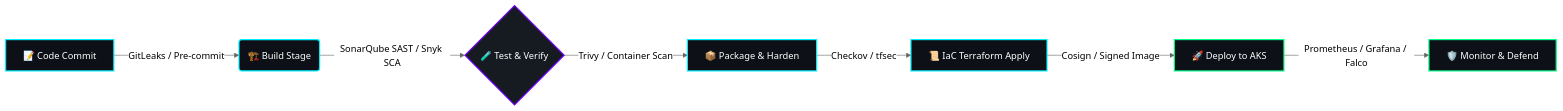
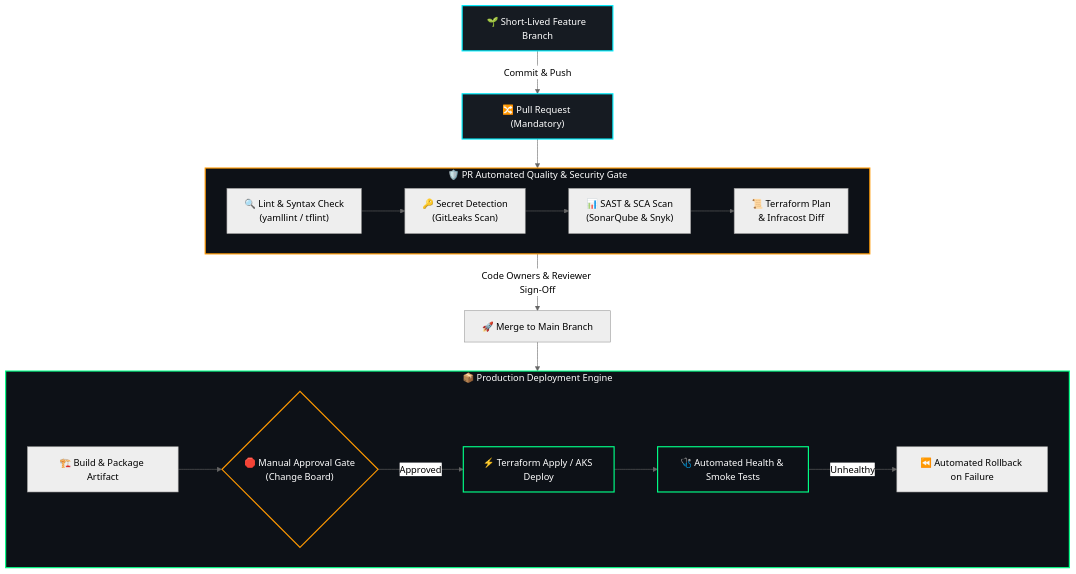
The third of 4 diagrams in README.md (AjavinashAj/AjavinashAj), drawn with Mermaid (neutral theme) before and after one commit. The commit also changed other lines of this file, not shown here.

````diff
--- a/README.md
+++ b/README.md
@@ -76,16 +255,37 @@
 ```mermaid
-flowchart LR
-    A[📝 Code Commit] -->|GitLeaks / Pre-commit| B(🏗️ Build Stage)
-    B -->|SonarQube SAST / Snyk SCA| C{🧪 Test & Verify}
-    C -->|Trivy / Container Scan| D[📦 Package & Harden]
-    D -->|Checkov / tfsec| E[📜 IaC Terraform Apply]
-    E -->|Cosign / Signed Image| F[🚀 Deploy to AKS]
-    F -->|Prometheus / Grafana / Falco| G[🛡️ Monitor & Defend]
+flowchart TD
+    FeatureBranch["🌱 Short-Lived Feature Branch"] -->|Commit & Push| PR["🔀 Pull Request (Mandatory)"]
 
-    classDef stage fill:#0d1117,stroke:#00f0ff,stroke-width:2px,color:#fff;
-    classDef gate fill:#161b22,stroke:#7000ff,stroke-width:2px,color:#fff;
+    subgraph PRValidation ["🛡️ PR Automated Quality & Security Gate"]
+        Linter["🔍 Lint & Syntax Check\n(yamllint / tflint)"]
+        Secrets["🔑 Secret Detection\n(GitLeaks Scan)"]
+        SAST["📊 SAST & SCA Scan\n(SonarQube & Snyk)"]
+        Plan["📜 Terraform Plan\n& Infracost Diff"]
+        Linter --> Secrets --> SAST --> Plan
+    end
+
+    PR --> PRValidation
+    PRValidation -->|Code Owners & Reviewer Sign-Off| Merge["🚀 Merge to Main Branch"]
+
+    subgraph DeploymentEngine ["📦 Production Deployment Engine"]
+        Build["🏗️ Build & Package Artifact"]
+        Approval{"🛑 Manual Approval Gate\n(Change Board)"}
+        Apply["⚡ Terraform Apply / AKS Deploy"]
+        Verify["🩺 Automated Health & Smoke Tests"]
+        Rollback["⏪ Automated Rollback on Failure"]
+
+        Build --> Approval
+        Approval -->|Approved| Apply
+        Apply --> Verify
+        Verify -->|Unhealthy| Rollback
+    end
+
+    Merge --> DeploymentEngine
+
+    classDef branch fill:#161b22,stroke:#00f0ff,stroke-width:2px,color:#fff;
+    classDef gate fill:#0d1117,stroke:#ff9900,stroke-width:2px,color:#fff;
     classDef deploy fill:#0d1117,stroke:#00ff87,stroke-width:2px,color:#fff;
-    class A,B,D,E stage;
-    class C gate;
-    class F,G deploy;
+    class FeatureBranch,PR branch;
+    class PRValidation,Approval gate;
+    class DeploymentEngine,Apply,Verify deploy;
 ```
````
